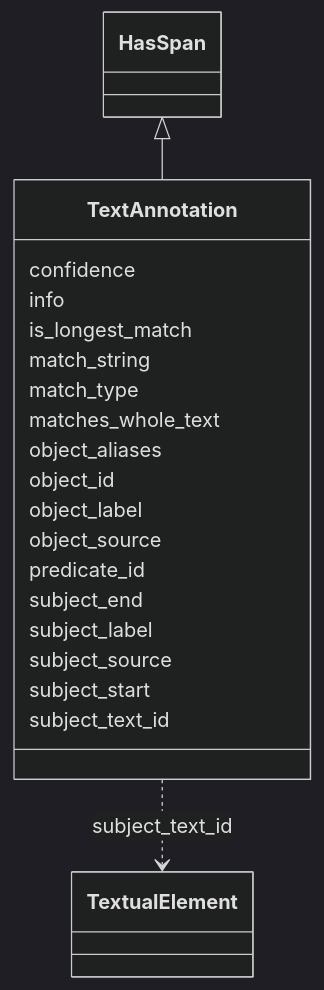
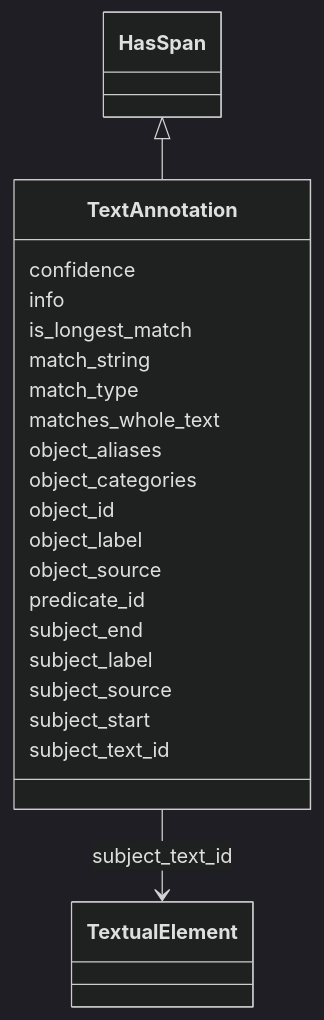
Before and after one commit to dalito/ontology-access-kit: the diagram in text-annotator/TextAnnotation.md, drawn with Mermaid (dark theme). The commit also changed other lines of this file and 3370 other files, not shown here.

````diff
--- a/text-annotator/TextAnnotation.md
+++ b/text-annotator/TextAnnotation.md
@@ -11,41 +15,43 @@
 ```{mermaid}
  classDiagram
     class TextAnnotation
       HasSpan <|-- TextAnnotation
       
       TextAnnotation : confidence
         
       TextAnnotation : info
         
       TextAnnotation : is_longest_match
         
       TextAnnotation : match_string
         
       TextAnnotation : match_type
         
       TextAnnotation : matches_whole_text
         
       TextAnnotation : object_aliases
         
+      TextAnnotation : object_categories
+        
       TextAnnotation : object_id
         
       TextAnnotation : object_label
         
       TextAnnotation : object_source
         
       TextAnnotation : predicate_id
         
       TextAnnotation : subject_end
         
       TextAnnotation : subject_label
         
       TextAnnotation : subject_source
         
       TextAnnotation : subject_start
         
       TextAnnotation : subject_text_id
         
-          TextAnnotation ..> TextualElement : subject_text_id
+          TextAnnotation --> TextualElement : subject_text_id
         
       
 ```
````
